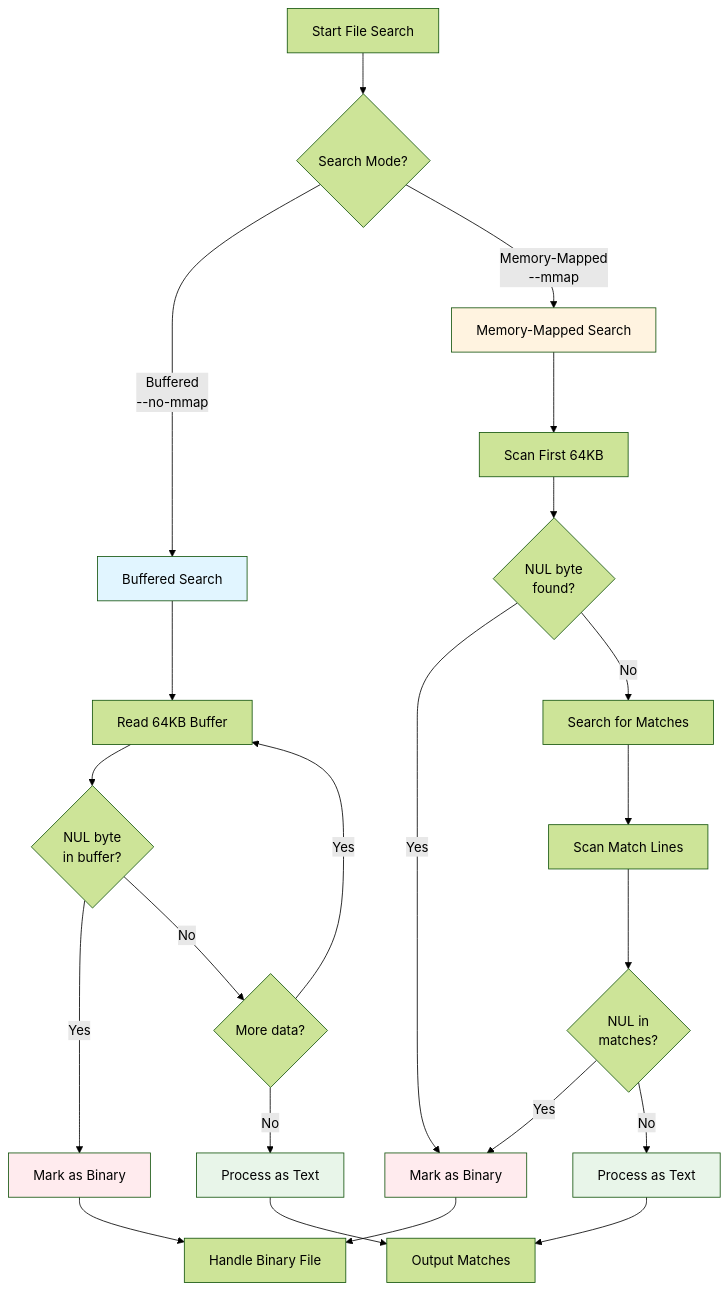
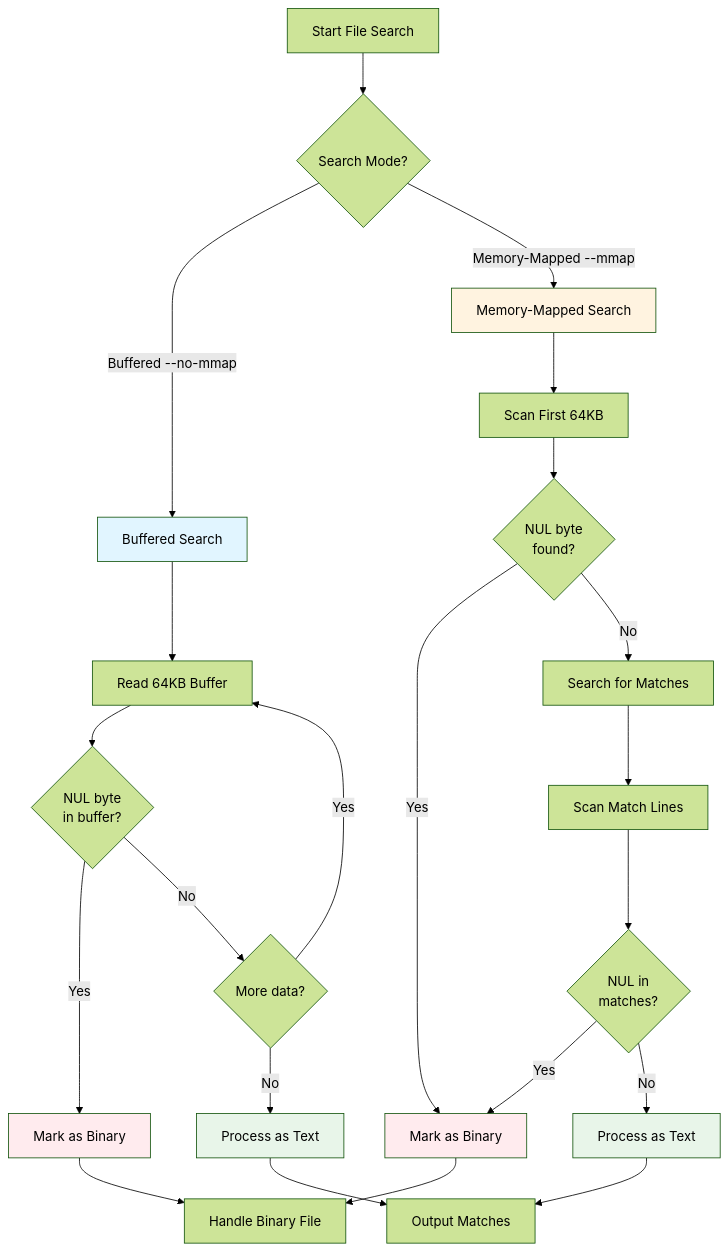
Before and after one commit to iepathos/ripgrep: the diagram in docs/binary-data/detection.md, drawn with Mermaid (forest theme). The commit also changed 10 other files, not shown here.

First line of the commit message:
fix: replace all <br/> tags with proper multi-line syntax in Mermaid diagrams

````diff
--- a/docs/binary-data/detection.md
+++ b/docs/binary-data/detection.md
@@ -33,36 +33,38 @@
 ```mermaid
 flowchart TD
     Start[Start File Search] --> Mode{Search Mode?}
 
-    Mode -->|Buffered<br/>--no-mmap| Buffered[Buffered Search]
-    Mode -->|Memory-Mapped<br/>--mmap| Mmap[Memory-Mapped Search]
+    Mode -->|Buffered --no-mmap| Buffered[Buffered Search]
+    Mode -->|Memory-Mapped --mmap| Mmap[Memory-Mapped Search]
 
     Buffered --> ReadBuf[Read 64KB Buffer]
     ReadBuf --> ScanBuf{"NUL byte
 in buffer?"}
     ScanBuf -->|Yes| BinaryBuf[Mark as Binary]
     ScanBuf -->|No| MoreBuf{More data?}
     MoreBuf -->|Yes| ReadBuf
     MoreBuf -->|No| TextBuf[Process as Text]
 
     Mmap --> ScanFirst[Scan First 64KB]
-    ScanFirst --> NulFirst{NUL byte<br/>found?}
+    ScanFirst --> NulFirst{"NUL byte
+found?"}
     NulFirst -->|Yes| BinaryMmap[Mark as Binary]
     NulFirst -->|No| Search[Search for Matches]
     Search --> ScanMatch[Scan Match Lines]
-    ScanMatch --> NulMatch{NUL in<br/>matches?}
+    ScanMatch --> NulMatch{"NUL in
+matches?"}
     NulMatch -->|Yes| BinaryMmap
     NulMatch -->|No| TextMmap[Process as Text]
 
     BinaryBuf --> HandleBin[Handle Binary File]
     BinaryMmap --> HandleBin
     TextBuf --> Output[Output Matches]
     TextMmap --> Output
 
     style Buffered fill:#e1f5ff
     style Mmap fill:#fff3e0
     style BinaryBuf fill:#ffebee
     style BinaryMmap fill:#ffebee
     style TextBuf fill:#e8f5e9
     style TextMmap fill:#e8f5e9
 ```
````
